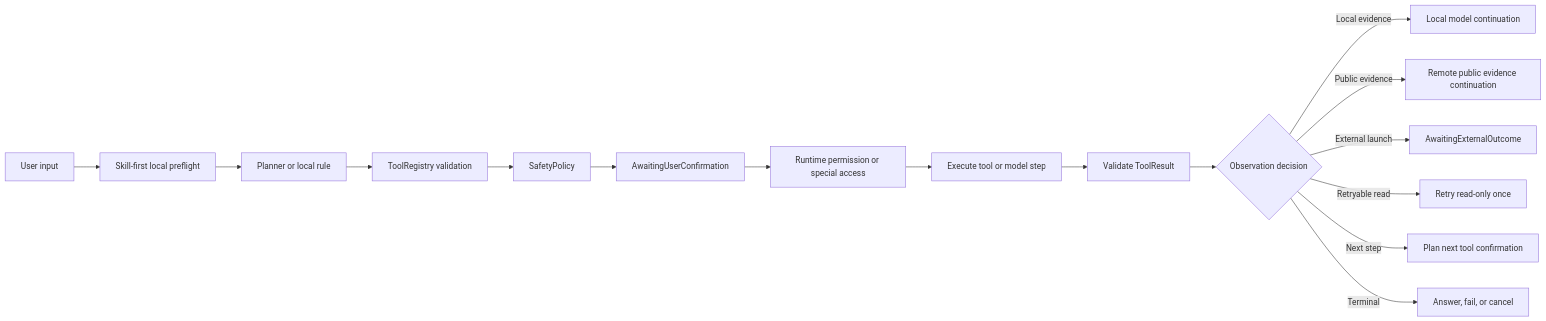
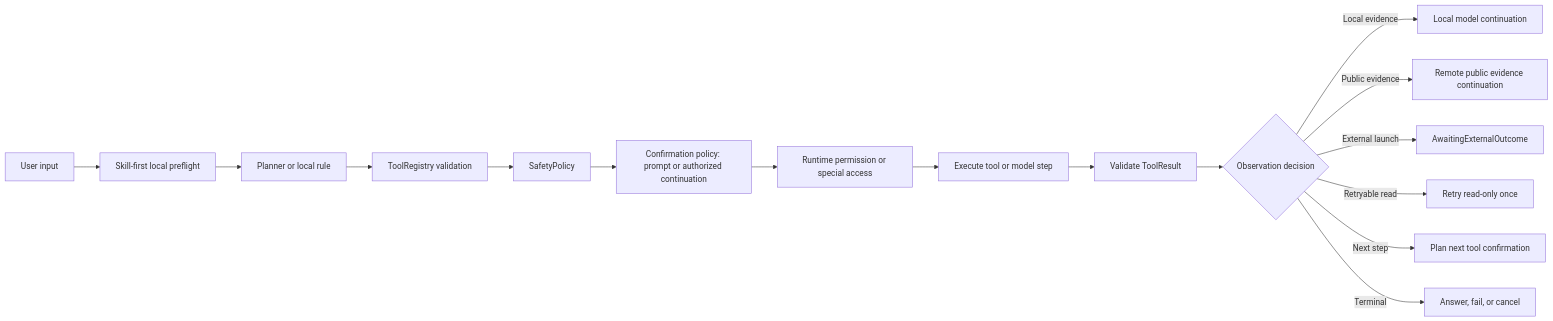
One commit to William-zgx/solin-android changed the diagram in docs/agent_core_modules.md. Above: the diagram before and after it, drawn with Mermaid. The commit also changed other lines of this file and 34 other files, not shown here.

````diff
--- a/docs/agent_core_modules.md
+++ b/docs/agent_core_modules.md
@@ -8,18 +14,18 @@
 ```mermaid
 flowchart LR
     Input["User input"] --> Preflight["Skill-first local preflight"]
     Preflight --> Planner["Planner or local rule"]
     Planner --> Registry["ToolRegistry validation"]
     Registry --> Policy["SafetyPolicy"]
-    Policy --> Confirm["AwaitingUserConfirmation"]
+    Policy --> Confirm["Confirmation policy: prompt or authorized continuation"]
     Confirm --> Permission["Runtime permission or special access"]
     Permission --> Execute["Execute tool or model step"]
     Execute --> Validate["Validate ToolResult"]
     Validate --> Observe{"Observation decision"}
     Observe -->|Local evidence| Local["Local model continuation"]
     Observe -->|Public evidence| Remote["Remote public evidence continuation"]
     Observe -->|External launch| External["AwaitingExternalOutcome"]
     Observe -->|Retryable read| Retry["Retry read-only once"]
     Observe -->|Next step| Next["Plan next tool confirmation"]
     Observe -->|Terminal| Done["Answer, fail, or cancel"]
 ```
````
